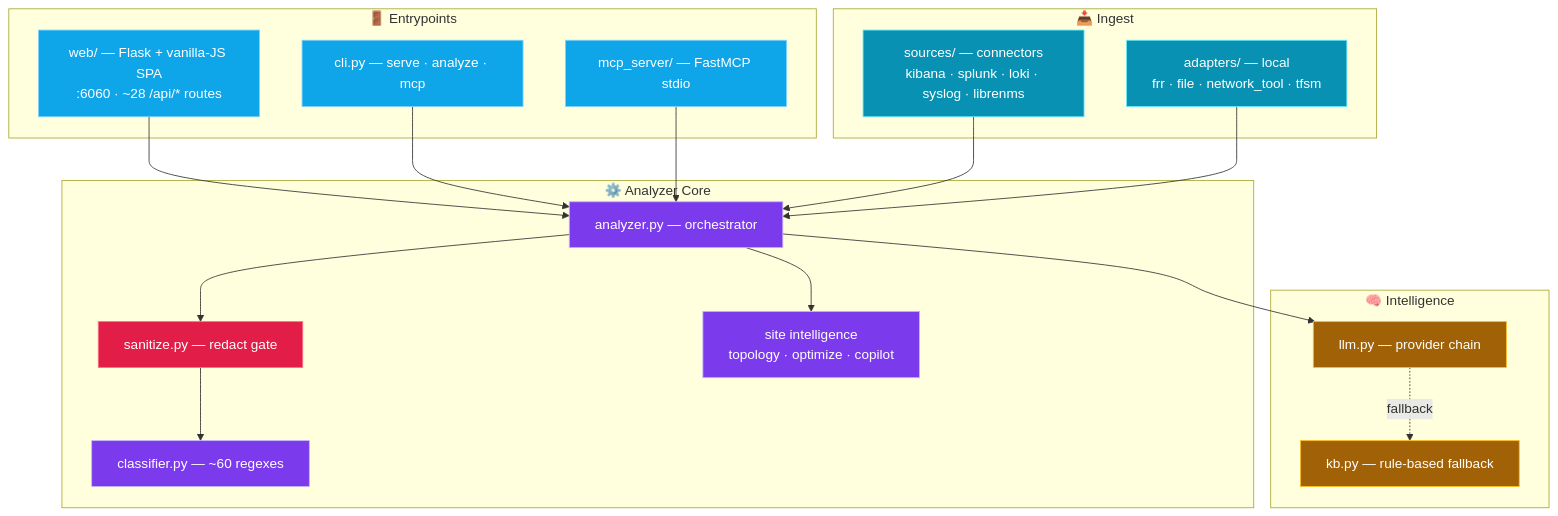
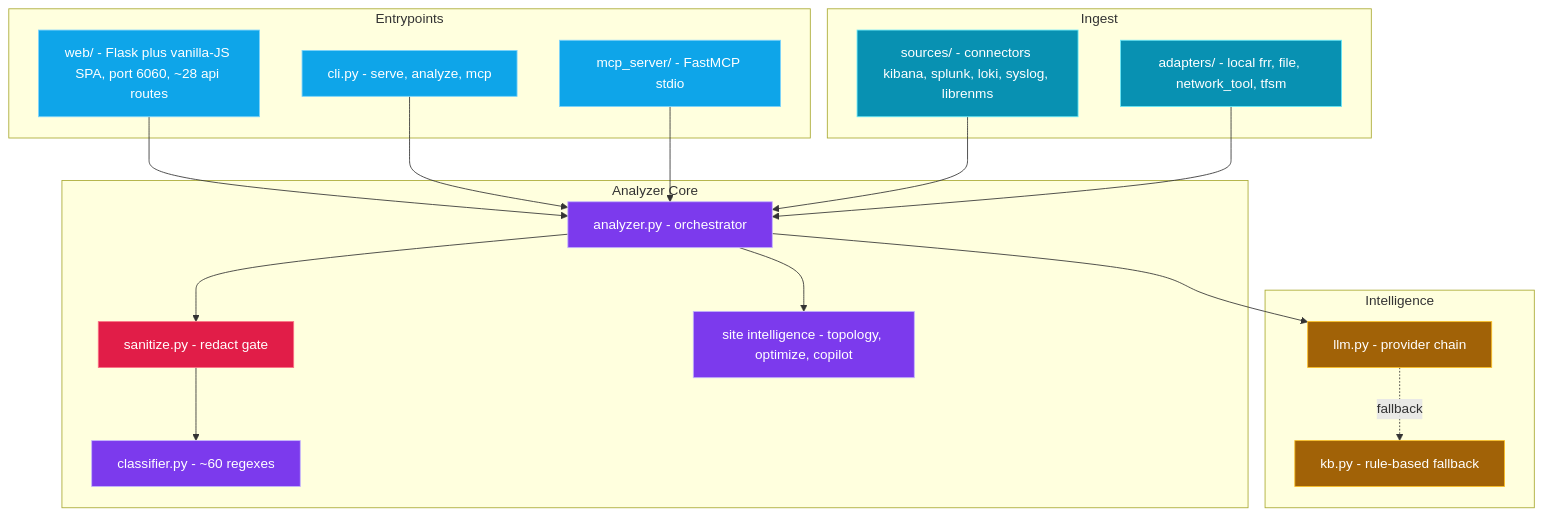
One commit to gesh75/netlog-ai changed the second of 7 diagrams in docs/ARCHITECTURE.md. Above: the diagram before and after it, drawn with Mermaid. The commit also changed other lines of this file and 1 other file, not shown here.

Commit message:
docs: harden mermaid diagrams for reliable GitHub rendering

````diff
--- a/docs/ARCHITECTURE.md
+++ b/docs/ARCHITECTURE.md
@@ -75,44 +75,44 @@
 ```mermaid
 flowchart TB
-    subgraph ENTRY["🚪 Entrypoints"]
-        WEB["web/ — Flask + vanilla-JS SPA<br/>:6060 · ~28 /api/* routes"]
-        CLI["cli.py — serve · analyze · mcp"]
-        MCP["mcp_server/ — FastMCP stdio"]
+    subgraph ENTRY["Entrypoints"]
+        WEB["web/ - Flask plus vanilla-JS SPA, port 6060, ~28 api routes"]
+        CLI["cli.py - serve, analyze, mcp"]
+        MCP["mcp_server/ - FastMCP stdio"]
     end
 
-    subgraph INGEST["📥 Ingest"]
-        SRC["sources/ — connectors<br/>kibana · splunk · loki · syslog · librenms"]
-        ADP["adapters/ — local<br/>frr · file · network_tool · tfsm"]
+    subgraph INGEST["Ingest"]
+        SRC["sources/ - connectors kibana, splunk, loki, syslog, librenms"]
+        ADP["adapters/ - local frr, file, network_tool, tfsm"]
     end
 
-    subgraph CORE["⚙️ Analyzer Core"]
-        SAN["sanitize.py — redact gate"]
-        CLS["classifier.py — ~60 regexes"]
-        ANA["analyzer.py — orchestrator"]
-        SITE["site intelligence<br/>topology · optimize · copilot"]
+    subgraph CORE["Analyzer Core"]
+        SAN["sanitize.py - redact gate"]
+        CLS["classifier.py - ~60 regexes"]
+        ANA["analyzer.py - orchestrator"]
+        SITE["site intelligence - topology, optimize, copilot"]
     end
 
-    subgraph BRAIN["🧠 Intelligence"]
-        LLMC["llm.py — provider chain"]
-        KB["kb.py — rule-based fallback"]
+    subgraph BRAIN["Intelligence"]
+        LLMC["llm.py - provider chain"]
+        KB["kb.py - rule-based fallback"]
     end
 
     WEB & CLI & MCP --> ANA
     SRC & ADP --> ANA
     ANA --> SAN --> CLS
     ANA --> SITE
     ANA --> LLMC
     LLMC -.fallback.-> KB
 
     classDef entry fill:#0ea5e9,stroke:#7dd3fc,color:#fff
     classDef in    fill:#0891b2,stroke:#67e8f9,color:#fff
     classDef gate  fill:#e11d48,stroke:#fb7185,color:#fff
     classDef core  fill:#7c3aed,stroke:#c4b5fd,color:#fff
     classDef brain fill:#a16207,stroke:#fbbf24,color:#fff
 
     class WEB,CLI,MCP entry
     class SRC,ADP in
     class SAN gate
     class CLS,ANA,SITE core
     class LLMC,KB brain
 ```
````
